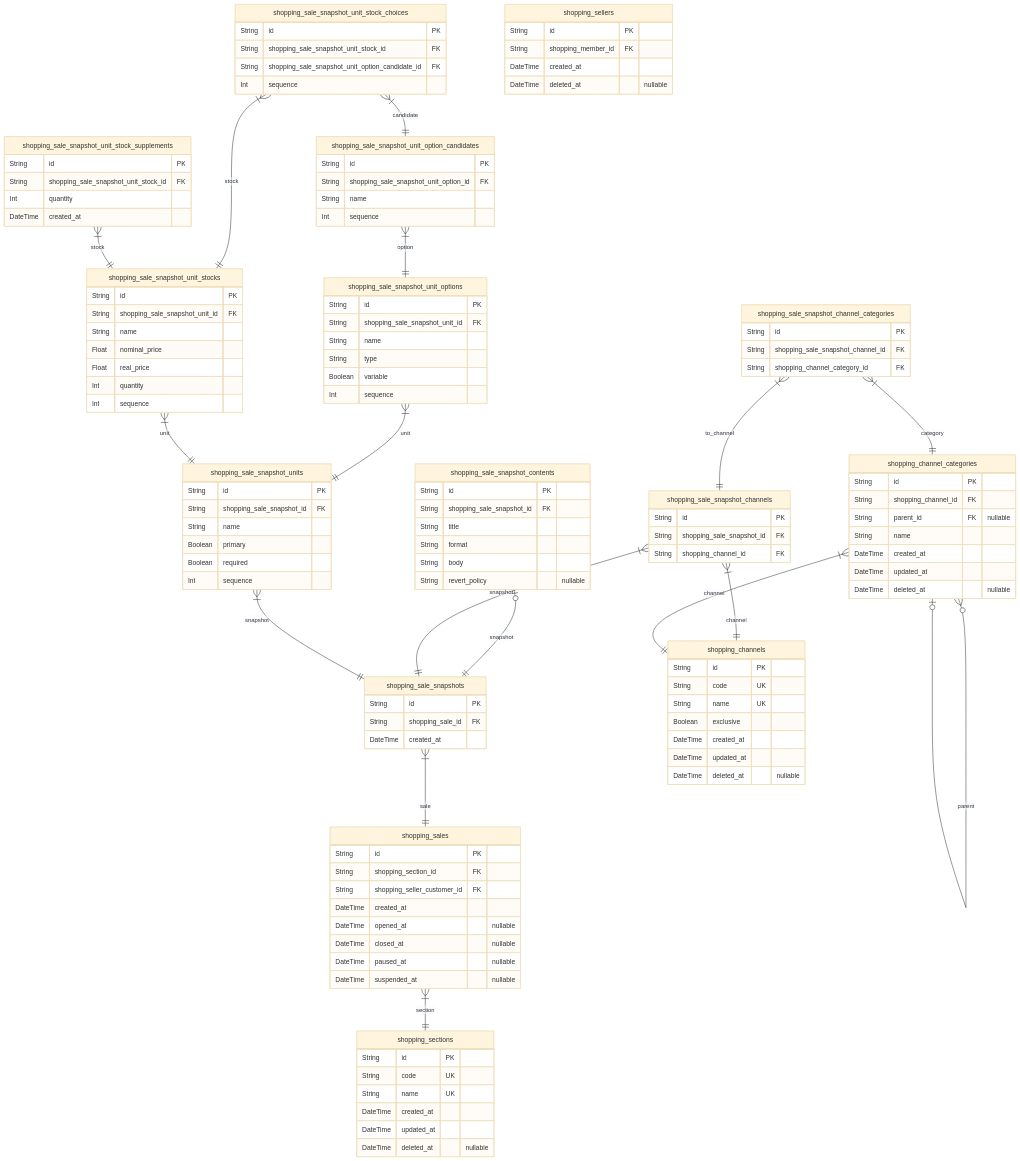
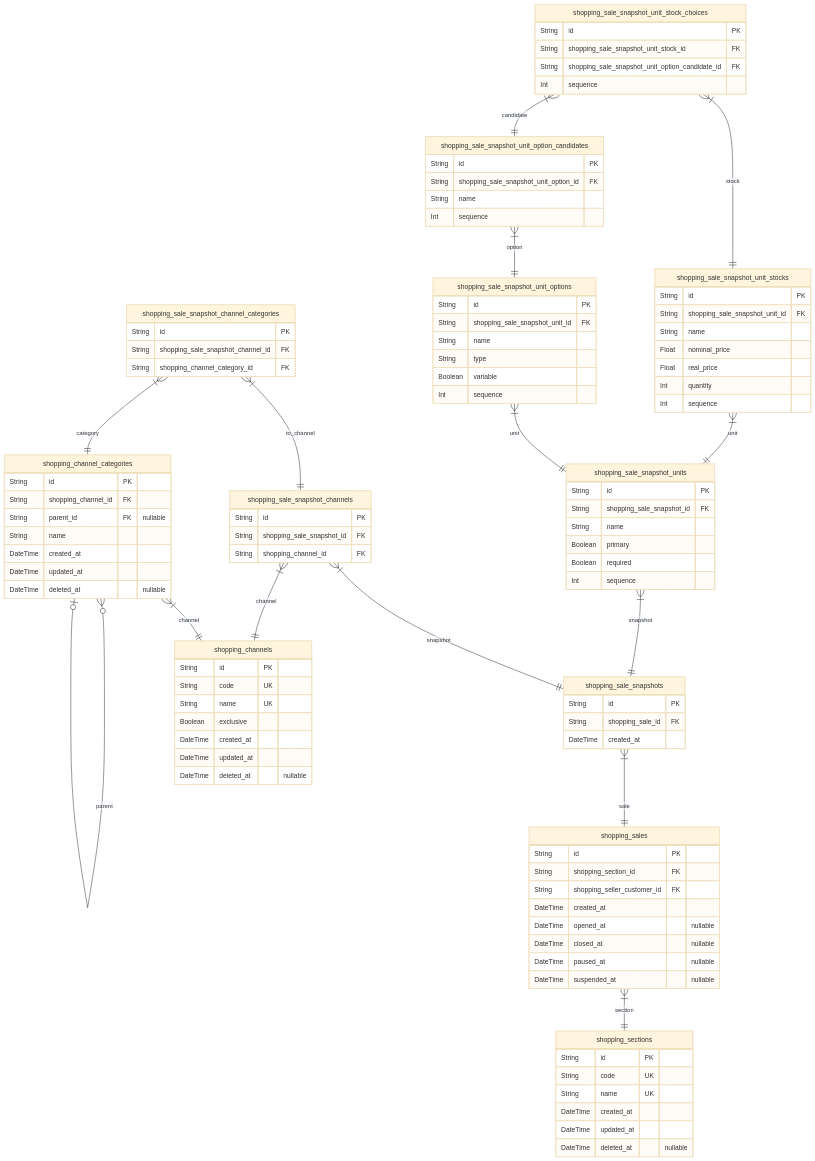
Before and after one commit to samchon/prisma-markdown: the fourth of 10 diagrams in ERD.md, drawn with Mermaid (base theme). The commit also changed other lines of this file and 1 other file, not shown here.

Commit message:
Advanced example ERD

````diff
--- a/ERD.md
+++ b/ERD.md
@@ -731,14 +732,6 @@
     String id PK
     String shopping_sale_id FK
     DateTime created_at
-}
-"shopping_sale_snapshot_contents" {
-    String id PK
-    String shopping_sale_snapshot_id FK
-    String title
-    String format
-    String body
-    String revert_policy "nullable"
 }
 "shopping_sale_snapshot_channels" {
     String id PK
@@ -787,12 +780,6 @@
     String shopping_sale_snapshot_unit_option_candidate_id FK
     Int sequence
 }
-"shopping_sale_snapshot_unit_stock_supplements" {
-    String id PK
-    String shopping_sale_snapshot_unit_stock_id FK
-    Int quantity
-    DateTime created_at
-}
 "shopping_channels" {
     String id PK
     String code UK
@@ -819,15 +806,8 @@
     DateTime updated_at
     DateTime deleted_at "nullable"
 }
-"shopping_sellers" {
-    String id PK
-    String shopping_member_id FK
-    DateTime created_at
-    DateTime deleted_at "nullable"
-}
 "shopping_sales" }|--|| "shopping_sections" : section
 "shopping_sale_snapshots" }|--|| "shopping_sales" : sale
-"shopping_sale_snapshot_contents" |o--|| "shopping_sale_snapshots" : snapshot
 "shopping_sale_snapshot_channels" }|--|| "shopping_sale_snapshots" : snapshot
 "shopping_sale_snapshot_channels" }|--|| "shopping_channels" : channel
 "shopping_sale_snapshot_channel_categories" }|--|| "shopping_sale_snapshot_channels" : to_channel
@@ -838,7 +818,6 @@
 "shopping_sale_snapshot_unit_stocks" }|--|| "shopping_sale_snapshot_units" : unit
 "shopping_sale_snapshot_unit_stock_choices" }|--|| "shopping_sale_snapshot_unit_stocks" : stock
 "shopping_sale_snapshot_unit_stock_choices" }|--|| "shopping_sale_snapshot_unit_option_candidates" : candidate
-"shopping_sale_snapshot_unit_stock_supplements" }|--|| "shopping_sale_snapshot_unit_stocks" : stock
 "shopping_channel_categories" }|--|| "shopping_channels" : channel
 "shopping_channel_categories" }o--o| "shopping_channel_categories" : parent
 ```
````
